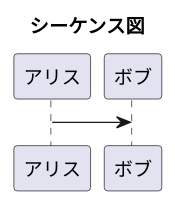
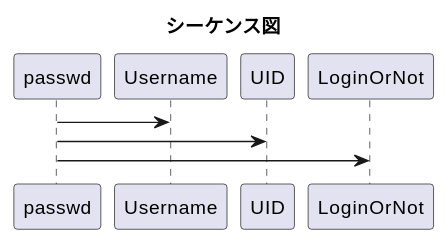
The diagram in README.md (bluesDD/Practice-design-pattern), drawn with PlantUML before and after one commit. The commit also changed 2 other files, not shown here.

Commit message:
:+1: filenamekuraus

````diff
--- a/README.md
+++ b/README.md
@@ -23,5 +23,8 @@
 ```plantuml
 @startuml
 title シーケンス図
-アリス->ボブ
+passwd->Username
+passwd->UID
+passwd->LoginOrNot
+
 ```
````
